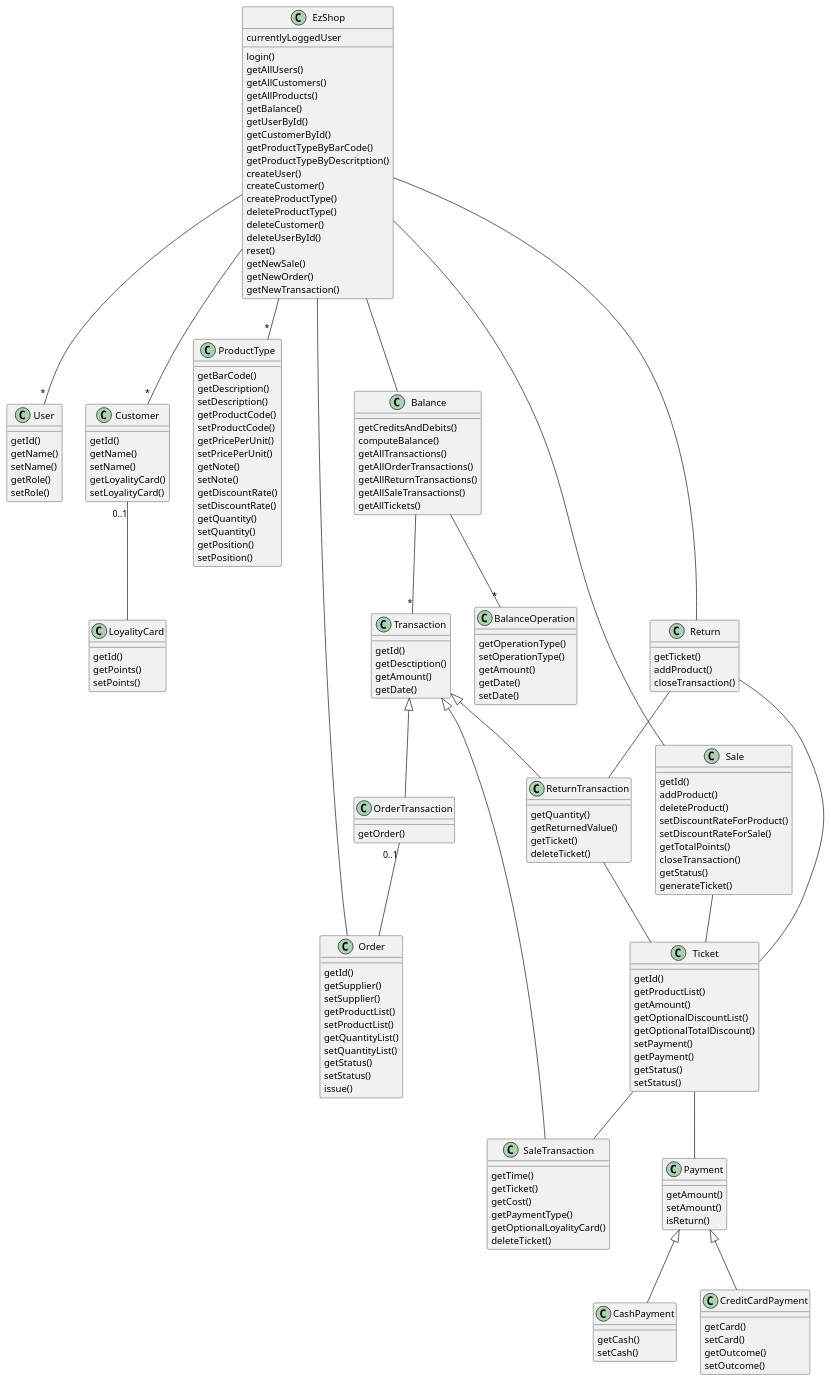
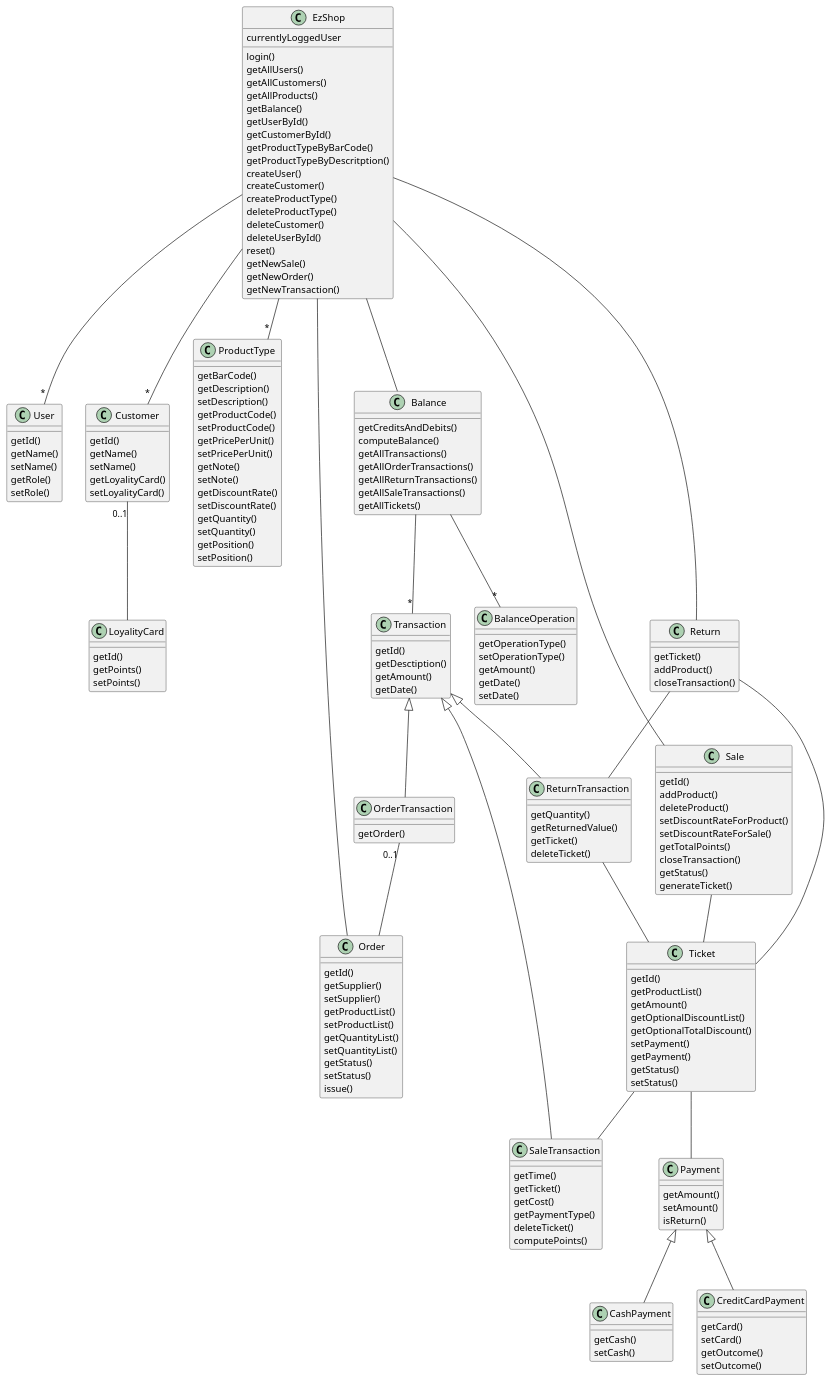
Before and after one commit to paolotron/EzshoProject31: the second of 2 diagrams in Deliverables/DesignDocument.md, drawn with PlantUML.

````diff
--- a/Deliverables/DesignDocument.md
+++ b/Deliverables/DesignDocument.md
@@ -57,4 +57,5 @@
 ```plantuml
+
 
 class EzShop{
     login()
@@ -138,8 +139,8 @@
     getTicket()
     getCost()
     getPaymentType()
-    getOptionalLoyalityCard()
     deleteTicket()
+    computePoints()
 }
 class Sale{
     getId()
@@ -231,4 +232,6 @@
 EzShop -- Order
 EzShop -- Return
 EzShop --  Sale
+
+
 ```
````
